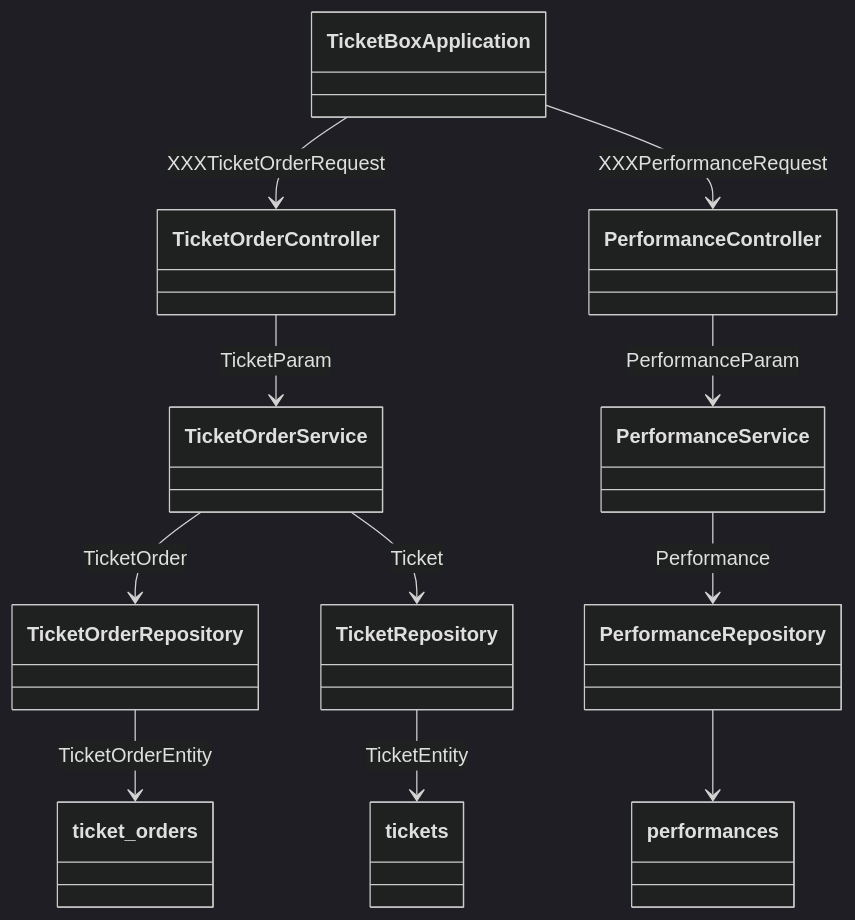
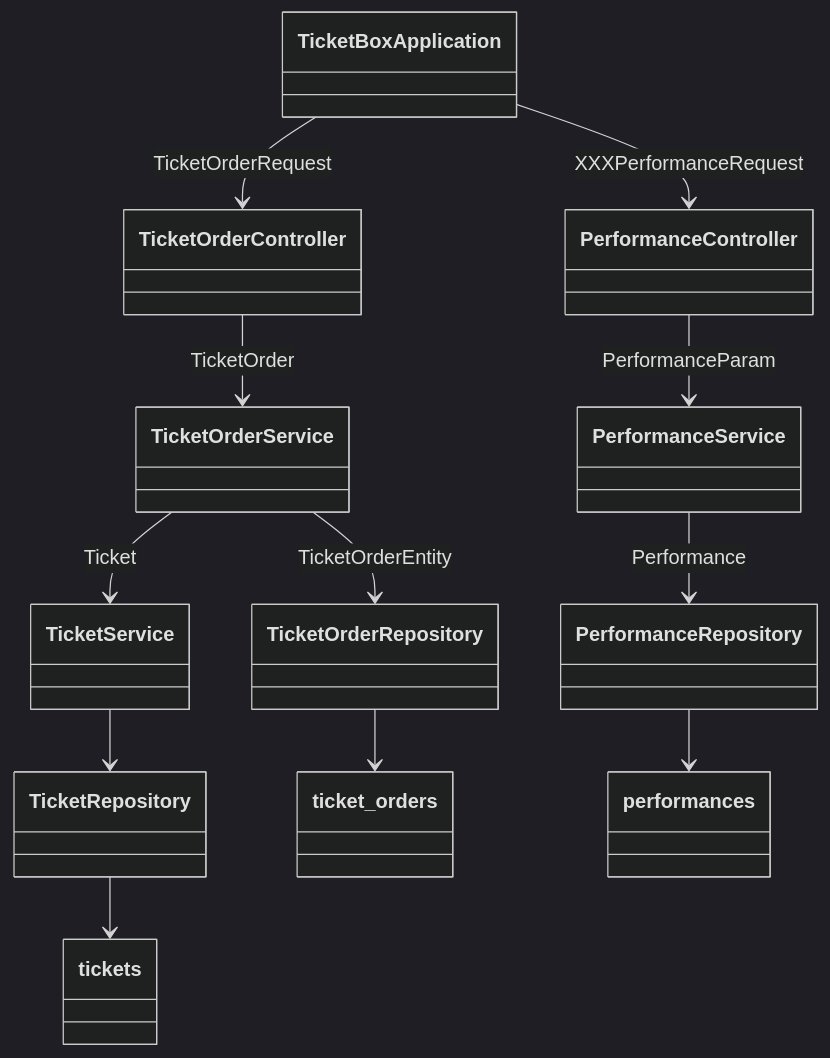
Before and after one commit to SY97P/Theatre_Manager_SpringBoot: the diagram in summary/class_diagram.mermaid, drawn with Mermaid (dark theme). The commit also changed 5 other files, not shown here.

```diff
--- a/summary/class_diagram.mermaid
+++ b/summary/class_diagram.mermaid
@@ -1,30 +1,34 @@
 classDiagram
 
     %% application
     class TicketBoxApplication
-    TicketBoxApplication --> TicketOrderController : XXXTicketOrderRequest
+    TicketBoxApplication --> TicketOrderController : TicketOrderRequest
     TicketBoxApplication --> PerformanceController : XXXPerformanceRequest
 
     %% controller
     class TicketOrderController
-    TicketOrderController --> TicketOrderService : TicketParam
+    TicketOrderController --> TicketOrderService : TicketOrder
 
     class PerformanceController
     PerformanceController --> PerformanceService : PerformanceParam
 
+    %% service
     class TicketOrderService
-    TicketOrderService --> TicketOrderRepository : TicketOrder
-    TicketOrderService --> TicketRepository : Ticket
+    TicketOrderService --> TicketOrderRepository : TicketOrderEntity
+    TicketOrderService --> TicketService : Ticket
+
+    class TicketService
+    TicketService --> TicketRepository
 
     class PerformanceService
     PerformanceService --> PerformanceRepository : Performance
 
     %% persistence
     class TicketRepository
-    TicketRepository --> tickets : TicketEntity
+    TicketRepository --> tickets
 
     class TicketOrderRepository
-    TicketOrderRepository --> ticket_orders : TicketOrderEntity
+    TicketOrderRepository --> ticket_orders
 
     class PerformanceRepository
     PerformanceRepository --> performances
```
